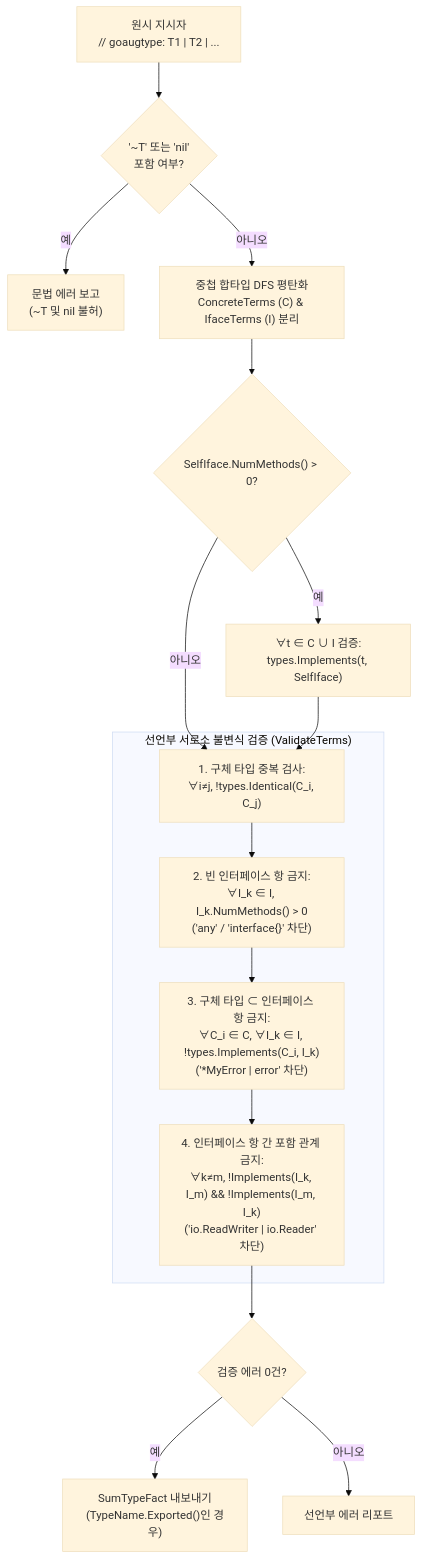
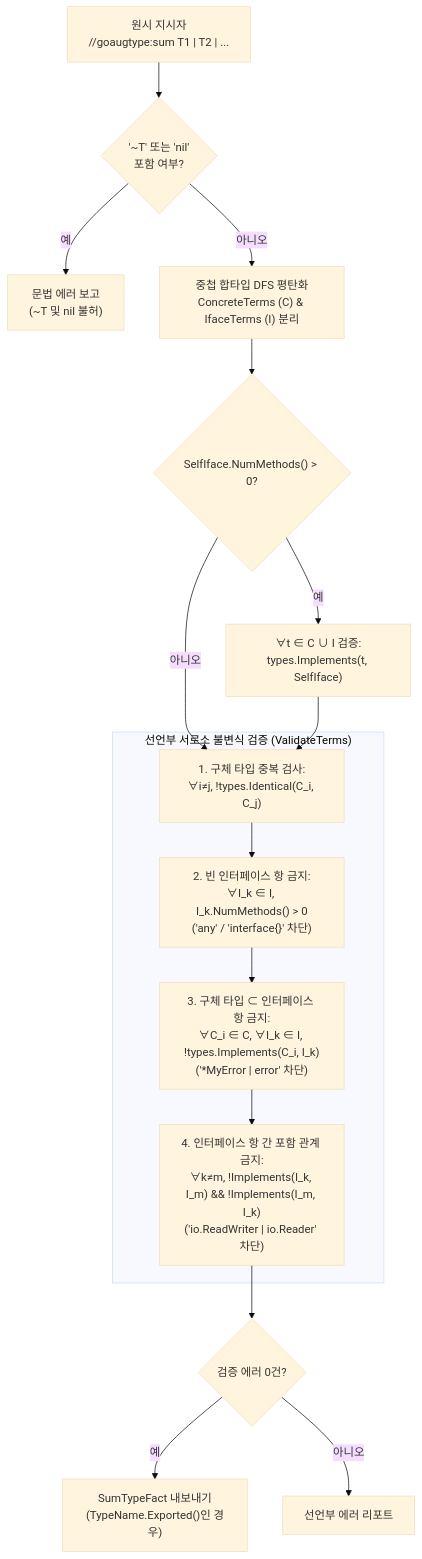
The fourth of 7 diagrams in docs/ARCHITECTURE.ko.md (routis819/goaugtype), drawn with Mermaid (base theme) before and after one commit. The commit also changed other lines of this file and 19 other files, not shown here.

Commit message:
feat!: unify CLI binary to cmd/goaugtype and adopt //goaugtype:sum directive (#17)

````diff
--- a/docs/ARCHITECTURE.ko.md
+++ b/docs/ARCHITECTURE.ko.md
@@ -179,21 +179,21 @@
 ```mermaid
 flowchart TD
-    Start["원시 지시자<br/>// goaugtype: T1 | T2 | ..."] --> SyntaxCheck{"'~T' 또는 'nil'<br/>포함 여부?"}
+    Start["원시 지시자<br/>//goaugtype:sum T1 | T2 | ..."] --> SyntaxCheck{"'~T' 또는 'nil'<br/>포함 여부?"}
     SyntaxCheck -- 예 --> ErrSyntax["문법 에러 보고<br/>(~T 및 nil 불허)"]
     SyntaxCheck -- 아니오 --> Flatten["중첩 합타입 DFS 평탄화<br/>ConcreteTerms (C) & IfaceTerms (I) 분리"]
 
     Flatten --> MethodCheck{"SelfIface.NumMethods() > 0?"}
     MethodCheck -- 예 --> VerifyMethods["∀t ∈ C ∪ I 검증:<br/>types.Implements(t, SelfIface)"]
     MethodCheck -- 아니오 --> Disjoint1
     VerifyMethods --> Disjoint1
 
     subgraph Disjointness["선언부 서로소 불변식 검증 (ValidateTerms)"]
         Disjoint1["1. 구체 타입 중복 검사:<br/>∀i≠j, !types.Identical(C_i, C_j)"] --> Disjoint2["2. 빈 인터페이스 항 금지:<br/>∀I_k ∈ I, I_k.NumMethods() > 0<br/>('any' / 'interface{}' 차단)"]
         Disjoint2 --> Disjoint3["3. 구체 타입 ⊂ 인터페이스 항 금지:<br/>∀C_i ∈ C, ∀I_k ∈ I, !types.Implements(C_i, I_k)<br/>('*MyError | error' 차단)"]
         Disjoint3 --> Disjoint4["4. 인터페이스 항 간 포함 관계 금지:<br/>∀k≠m, !Implements(I_k, I_m) && !Implements(I_m, I_k)<br/>('io.ReadWriter | io.Reader' 차단)"]
     end
 
     Disjoint4 --> Valid{"검증 에러 0건?"}
     Valid -- 예 --> Export["SumTypeFact 내보내기<br/>(TypeName.Exported()인 경우)"]
     Valid -- 아니오 --> Report["선언부 에러 리포트"]
 ```
````
